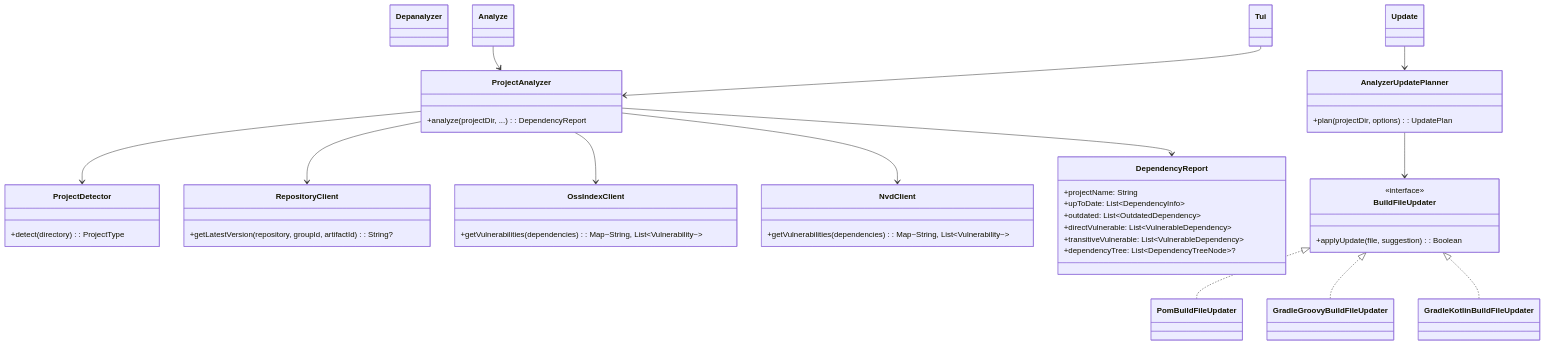
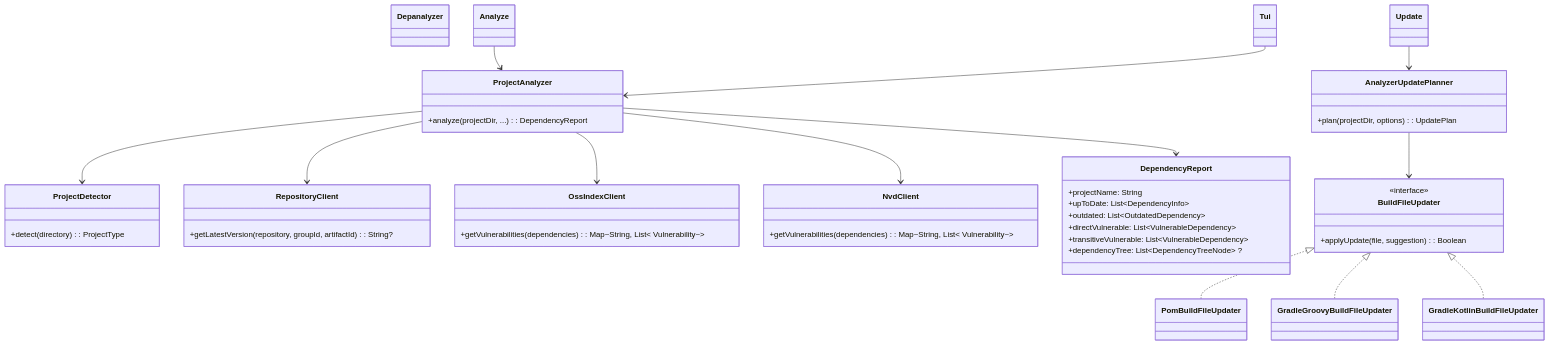
One commit to UPT-FAING-EPIS/proyecto-si784-2026-i-u1-analizador-de-dependencias changed the eighth of 8 diagrams in docs/FD03-EPIS-Informe Especificación Requerimientos.md. Above: the diagram before and after it, drawn with Mermaid. The commit also changed other lines of this file, not shown here.

Commit message:
docs(fd03): mejorar formato de tablas, diagramas y redacción en informe de especificación de requerimientos

````diff
--- a/docs/FD03-EPIS-Informe Especificación Requerimientos.md
+++ b/docs/FD03-EPIS-Informe Especificación Requerimientos.md
@@ -390,62 +396,62 @@
 ```mermaid
 classDiagram
     class Depanalyzer
     class Analyze
     class Tui
     class Update
 
     class ProjectAnalyzer {
-      +analyze(projectDir, ...): DependencyReport
+        +analyze(projectDir, ...): DependencyReport
     }
 
     class ProjectDetector {
-      +detect(directory): ProjectType
+        +detect(directory): ProjectType
     }
 
     class RepositoryClient {
-      +getLatestVersion(repository, groupId, artifactId): String?
+        +getLatestVersion(repository, groupId, artifactId): String?
     }
 
     class OssIndexClient {
-      +getVulnerabilities(dependencies): Map~String, List~Vulnerability~~
+        +getVulnerabilities(dependencies): Map~String, List~ Vulnerability~~
     }
 
     class NvdClient {
-      +getVulnerabilities(dependencies): Map~String, List~Vulnerability~~
+        +getVulnerabilities(dependencies): Map~String, List~ Vulnerability~~
     }
 
     class DependencyReport {
-      +projectName: String
-      +upToDate: List~DependencyInfo~
-      +outdated: List~OutdatedDependency~
-      +directVulnerable: List~VulnerableDependency~
-      +transitiveVulnerable: List~VulnerableDependency~
-      +dependencyTree: List~DependencyTreeNode~?
+        +projectName: String
+        +upToDate: List~DependencyInfo~
+        +outdated: List~OutdatedDependency~
+        +directVulnerable: List~VulnerableDependency~
+        +transitiveVulnerable: List~VulnerableDependency~
+        +dependencyTree: List~DependencyTreeNode~ ?
     }
 
     class AnalyzerUpdatePlanner {
-      +plan(projectDir, options): UpdatePlan
+        +plan(projectDir, options): UpdatePlan
     }
 
     class BuildFileUpdater {
-      <<interface>>
-      +applyUpdate(file, suggestion): Boolean
+        <<interface>>
+        +applyUpdate(file, suggestion): Boolean
     }
 
     class PomBuildFileUpdater
     class GradleGroovyBuildFileUpdater
     class GradleKotlinBuildFileUpdater
 
     Analyze --> ProjectAnalyzer
     Tui --> ProjectAnalyzer
     Update --> AnalyzerUpdatePlanner
     ProjectAnalyzer --> ProjectDetector
     ProjectAnalyzer --> RepositoryClient
     ProjectAnalyzer --> OssIndexClient
     ProjectAnalyzer --> NvdClient
     ProjectAnalyzer --> DependencyReport
     AnalyzerUpdatePlanner --> BuildFileUpdater
     BuildFileUpdater <|.. PomBuildFileUpdater
     BuildFileUpdater <|.. GradleGroovyBuildFileUpdater
     BuildFileUpdater <|.. GradleKotlinBuildFileUpdater
 ```
````
